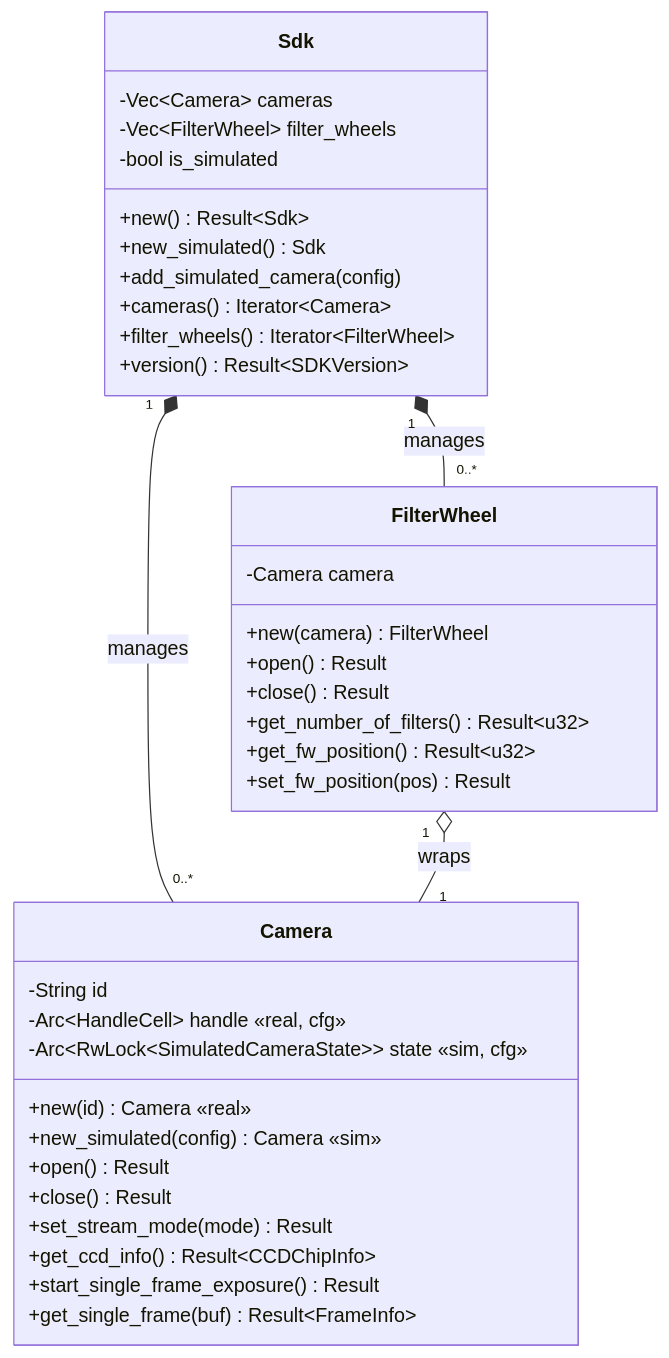
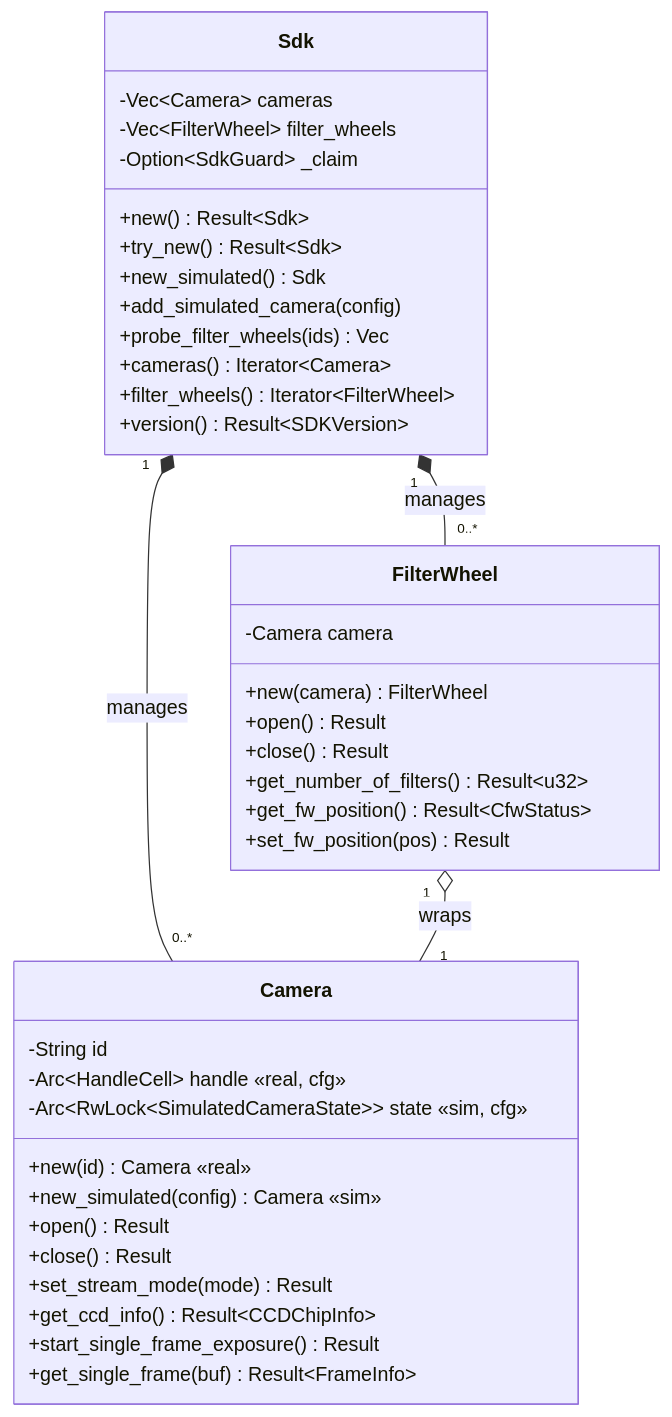
Before and after one commit to rusty-photon/rusty-photon: the third of 19 diagrams in crates/qhyccd-rs/docs/qhyccd-rs.md, drawn with Mermaid. The commit also changed other lines of this file and 159 other files, not shown here.

````diff
--- a/crates/qhyccd-rs/docs/qhyccd-rs.md
+++ b/crates/qhyccd-rs/docs/qhyccd-rs.md
@@ -94,42 +94,44 @@
 ```mermaid
 classDiagram
     class Sdk {
         -Vec~Camera~ cameras
         -Vec~FilterWheel~ filter_wheels
-        -bool is_simulated
+        -Option~SdkGuard~ _claim
         +new() Result~Sdk~
+        +try_new() Result~Sdk~
         +new_simulated() Sdk
         +add_simulated_camera(config)
+        +probe_filter_wheels(ids) Vec
         +cameras() Iterator~Camera~
         +filter_wheels() Iterator~FilterWheel~
         +version() Result~SDKVersion~
     }
 
     class Camera {
         -String id
         -Arc~HandleCell~ handle «real, cfg»
         -Arc~RwLock~SimulatedCameraState~~ state «sim, cfg»
         +new(id) Camera «real»
         +new_simulated(config) Camera «sim»
         +open() Result
         +close() Result
         +set_stream_mode(mode) Result
         +get_ccd_info() Result~CCDChipInfo~
         +start_single_frame_exposure() Result
         +get_single_frame(buf) Result~FrameInfo~
     }
 
     class FilterWheel {
         -Camera camera
         +new(camera) FilterWheel
         +open() Result
         +close() Result
         +get_number_of_filters() Result~u32~
-        +get_fw_position() Result~u32~
+        +get_fw_position() Result~CfwStatus~
         +set_fw_position(pos) Result
     }
 
     Sdk "1" *-- "0..*" Camera : manages
     Sdk "1" *-- "0..*" FilterWheel : manages
     FilterWheel "1" o-- "1" Camera : wraps
 ```
````
